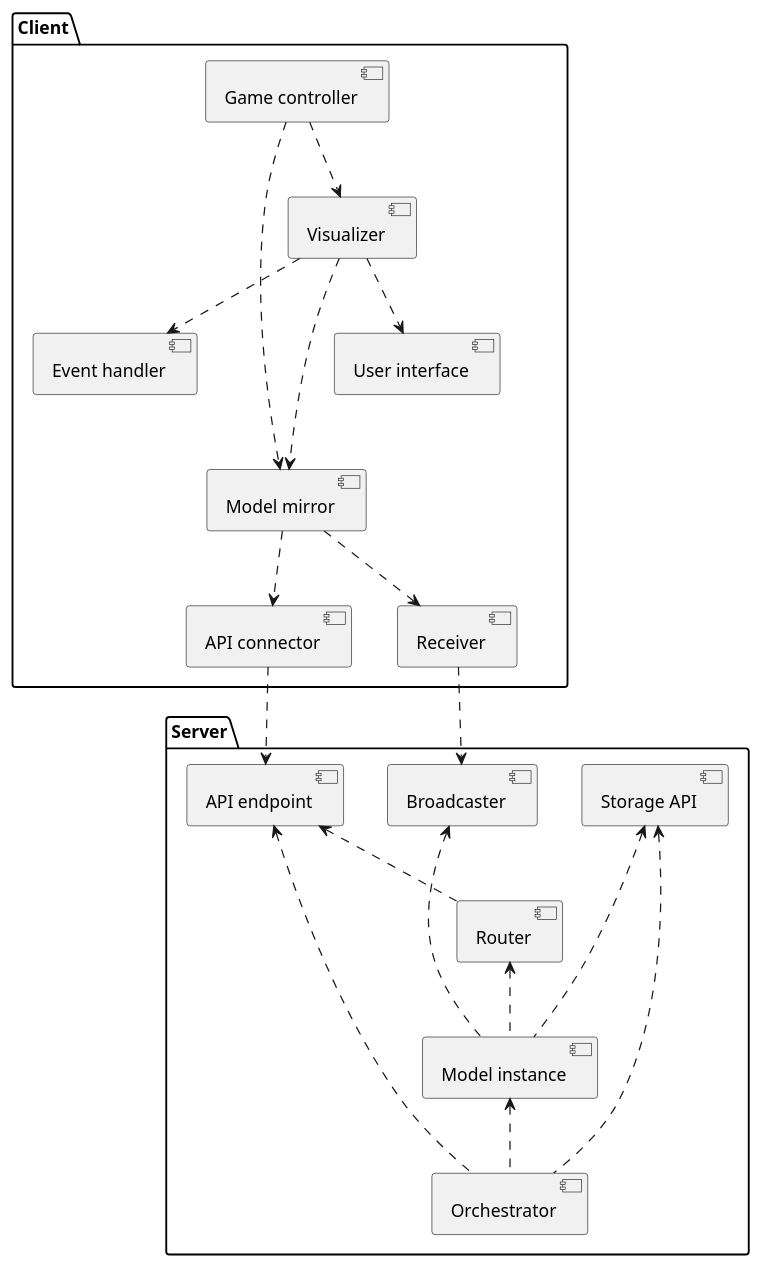
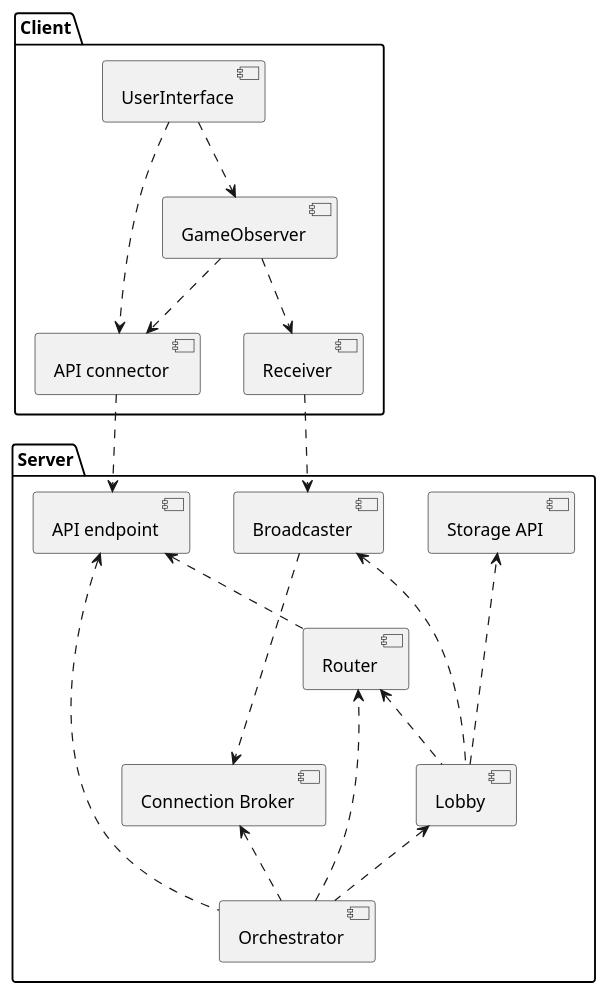
The diagram in Development/Component/ClientServer.puml (SWA-group-1/PlantUML), drawn with PlantUML before and after one commit. The commit also changed 1 other file, not shown here.

Commit message:
Update clientserver model

```diff
--- a/Development/Component/ClientServer.puml
+++ b/Development/Component/ClientServer.puml
@@ -1,53 +1,43 @@
 @startuml
 'https://plantuml.com/component-diagram
 
 package "Server" {
     component "API endpoint" as endpoint
     component "Broadcaster" as broadcaster
     component "Router" as router
-    component "Model instance" as model
+    component "Lobby" as lobby
     component "Orchestrator" as orchestrator
     component "Storage API" as storage
+    component "Connection Broker" as broker
 
+    orchestrator .up.> broker
+    broadcaster ..> broker
     orchestrator .up.> endpoint
-    orchestrator .up.> model
-    orchestrator .up.> storage
-    model .up.> router
-    model .up.> broadcaster
-    model .up.> storage
+    orchestrator .up.> lobby
+    orchestrator ..> router
+    lobby .up.> router
+    lobby .up.> broadcaster
+    lobby ..> storage
     router -[hidden]up- broadcaster
     router -[hidden]up- storage
     router .down.> endpoint
     endpoint -[hidden]right- broadcaster
     broadcaster -[hidden]right- storage
 }
 
 package "Client" {
-    component "Event handler" as event
-    component "Game controller" as controller
-    component "Model mirror" as mirror
+    component GameObserver
+    component UserInterface
     component "Receiver" as receiver
     component "API connector" as connector
-    component "Visualizer" as visualizer
-    component "User interface" as ui
 
-    controller .down.> visualizer
-    controller .down.> mirror
-    visualizer .down.> event
-    visualizer .down.> mirror
-    visualizer -[hidden]down- receiver
-    visualizer .down.> ui
-    event -[hidden]- mirror
-    event -[hidden]- receiver
-    event -[hidden]- connector
-    ui -[hidden]- mirror
-    ui -[hidden]- receiver
-    ui -[hidden]- connector
-    mirror ..> connector
-    mirror ..> receiver
+    GameObserver ..> receiver
+    UserInterface ..> GameObserver
+    UserInterface ..> connector
+    GameObserver ..> connector
 }
 
 receiver ..> broadcaster
 connector ..> endpoint
 
 @enduml
```
